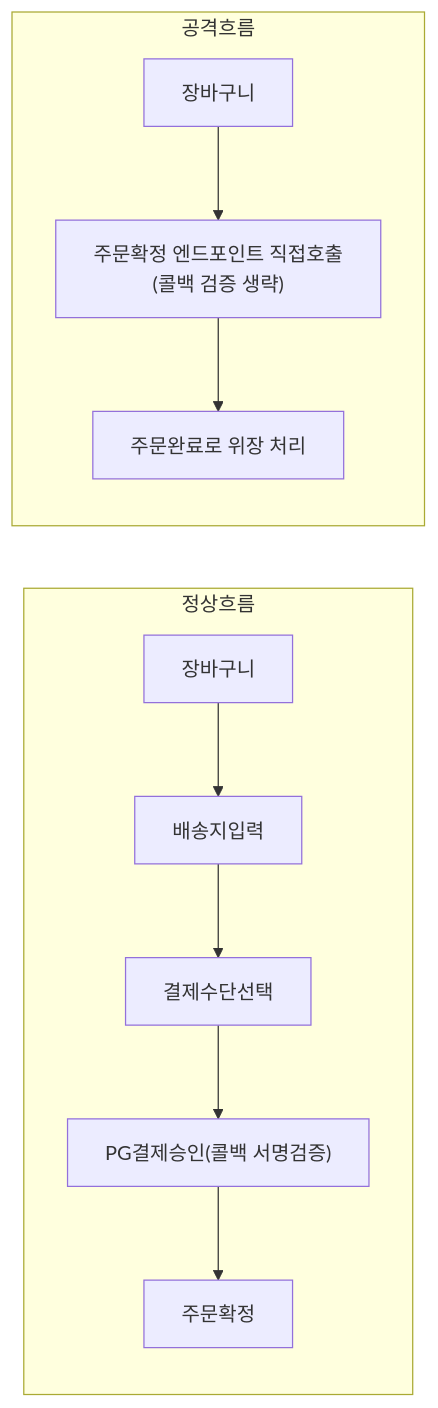
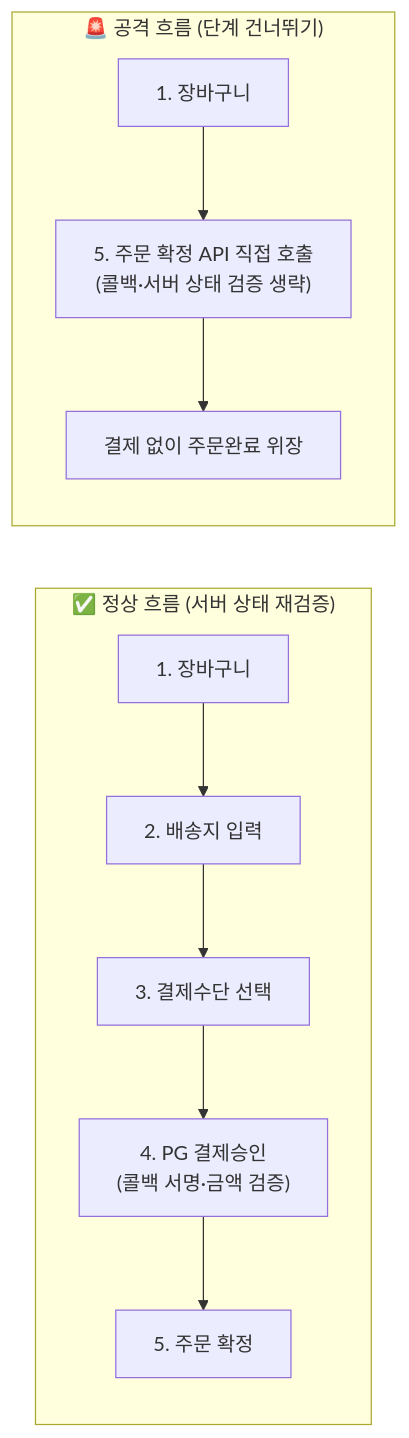
One commit to gooyong-sec/gooyong-sec.github.io changed the second of 2 diagrams in content/웹취약점/웹 취약점 진단 로직편 — 비즈니스 로직 결함 찾는 법.md. Above: the diagram before and after it, drawn with Mermaid. The commit also changed other lines of this file and 68 other files, not shown here.

````diff
--- a/content/웹취약점/웹 취약점 진단 로직편 — 비즈니스 로직 결함 찾는 법.md
+++ b/content/웹취약점/웹 취약점 진단 로직편 — 비즈니스 로직 결함 찾는 법.md
@@ -24,9 +54,9 @@
 ```mermaid
 flowchart LR
-    subgraph 정상흐름
-        A1["장바구니"] --> A2["배송지입력"] --> A3["결제수단선택"] --> A4["PG결제승인(콜백 서명검증)"] --> A5["주문확정"]
+    subgraph Normal["✅ 정상 흐름 (서버 상태 재검증)"]
+        A1["1. 장바구니"] --> A2["2. 배송지 입력"] --> A3["3. 결제수단 선택"] --> A4["4. PG 결제승인<br/>(콜백 서명·금액 검증)"] --> A5["5. 주문 확정"]
     end
-    subgraph 공격흐름
-        B1["장바구니"] --> B5["주문확정 엔드포인트 직접호출(콜백 검증 생략)"] --> B6["주문완료로 위장 처리"]
+    subgraph Attack["🚨 공격 흐름 (단계 건너뛰기)"]
+        B1["1. 장바구니"] --> B5["5. 주문 확정 API 직접 호출<br/>(콜백·서버 상태 검증 생략)"] --> B6["결제 없이 주문완료 위장"]
     end
 ```
````
